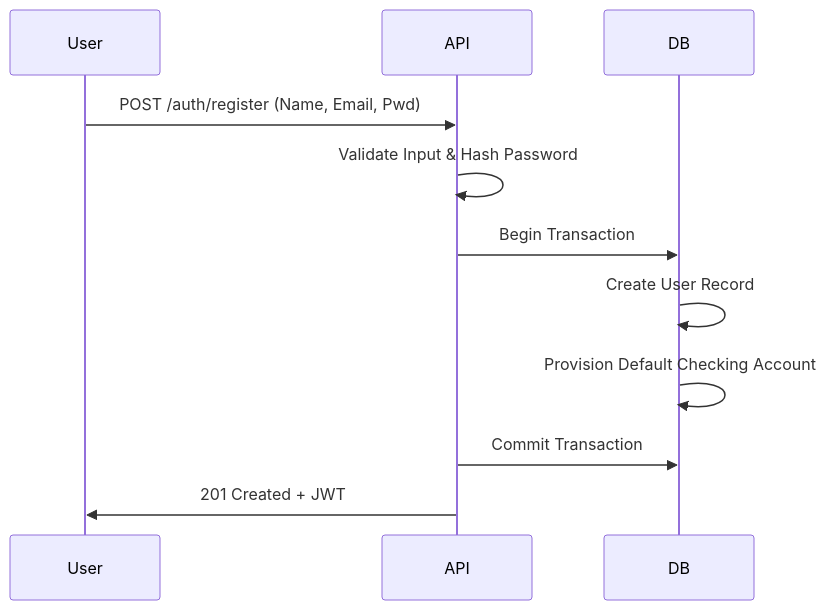
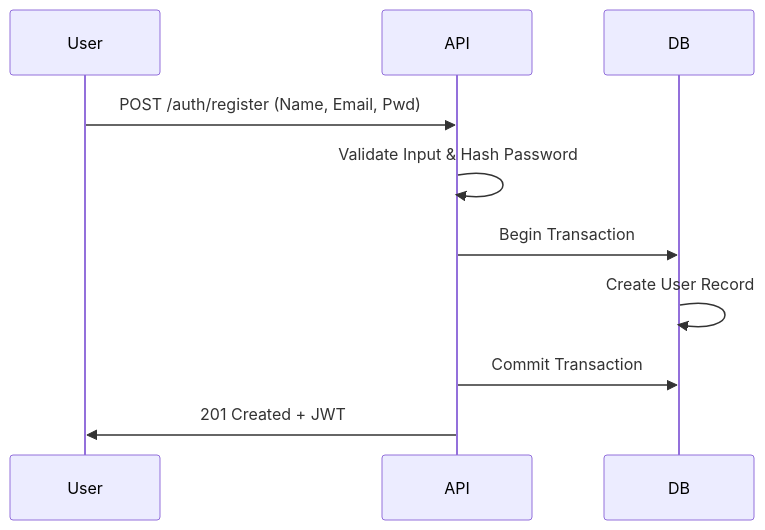
One commit to karar-hayder/ITS-SecureBank changed the first of 4 diagrams in WORKFLOW.md. Above: the diagram before and after it, drawn with Mermaid. The commit also changed other lines of this file and 13 other files, not shown here.

````diff
--- a/WORKFLOW.md
+++ b/WORKFLOW.md
@@ -8,14 +9,13 @@
 ```mermaid
 sequenceDiagram
     participant User
     participant API
     participant DB
     
     User->>API: POST /auth/register (Name, Email, Pwd)
     API->>API: Validate Input & Hash Password
     API->>DB: Begin Transaction
     DB->>DB: Create User Record
-    DB->>DB: Provision Default Checking Account
     API->>DB: Commit Transaction
     API->>User: 201 Created + JWT
 ```
````
